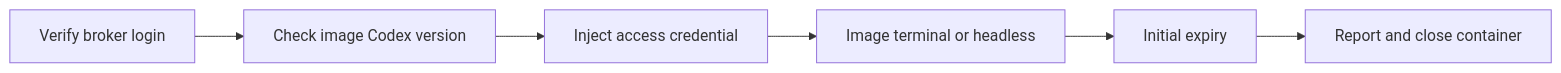
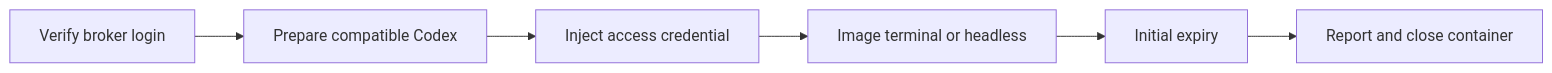
The third of 5 diagrams in docs/docker-codex.md (ophis/agent-pm), drawn with Mermaid before and after one commit. The commit also changed other lines of this file and 46 other files, not shown here.

````diff
--- a/docs/docker-codex.md
+++ b/docs/docker-codex.md
@@ -124,8 +124,8 @@
 ```mermaid
 flowchart LR
-    B[Verify broker login] --> V[Check image Codex version]
+    B[Verify broker login] --> V[Prepare compatible Codex]
     V --> I[Inject access credential]
     I --> T[Image terminal or headless]
     T --> E[Initial expiry]
     E --> C[Report and close container]
 ```
````
